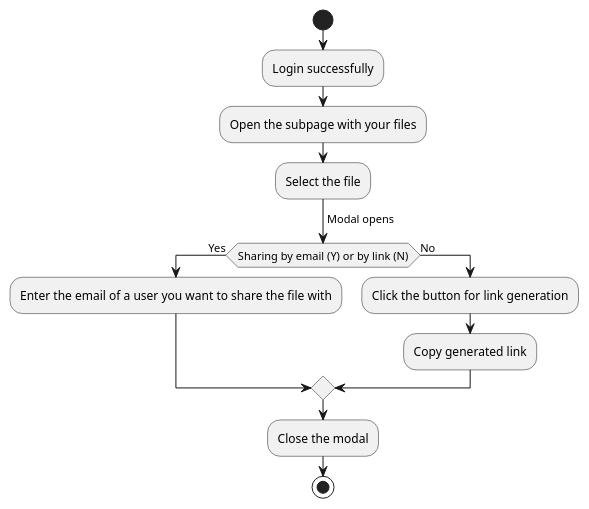
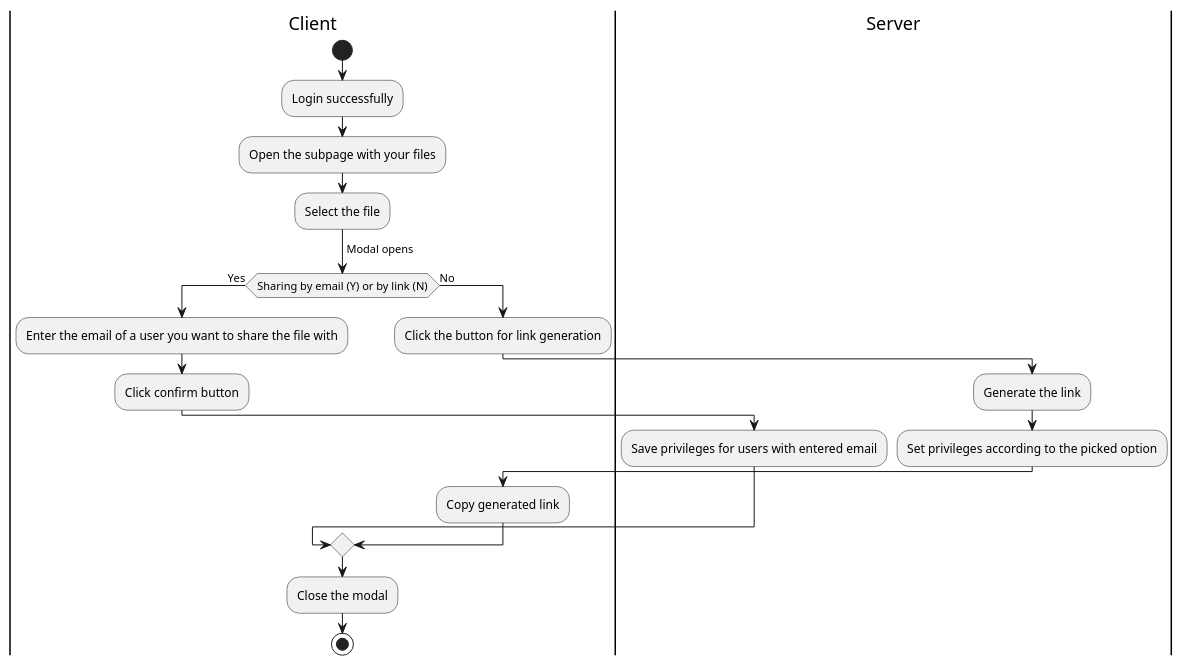
The diagram in docs/activity-diagrams/share-file.puml (hakanyildizhan/pwr-22-spring-css-ii-st-gpp), drawn with PlantUML before and after one commit. The commit also changed 9 other files, not shown here.

Commit message:
Correct the activity diagrams

```diff
--- a/docs/activity-diagrams/share-file.puml
+++ b/docs/activity-diagrams/share-file.puml
@@ -1,17 +1,26 @@
 @startuml
+|Client|
 start
 :Login successfully;
 :Open the subpage with your files;
 :Select the file;
 ->Modal opens;
 if (Sharing by email (Y) or by link (N)) then
  -> Yes;
  :Enter the email of a user you want to share the file with;
+ :Click confirm button;
+ |Server|
+ :Save privileges for users with entered email;
 else
  -> No;
+ |Client|
  :Click the button for link generation;
+ |Server|
+ :Generate the link;
+ :Set privileges according to the picked option;
+ |Client|
  :Copy generated link;
 endif
 :Close the modal;
 stop
 @enduml
```
